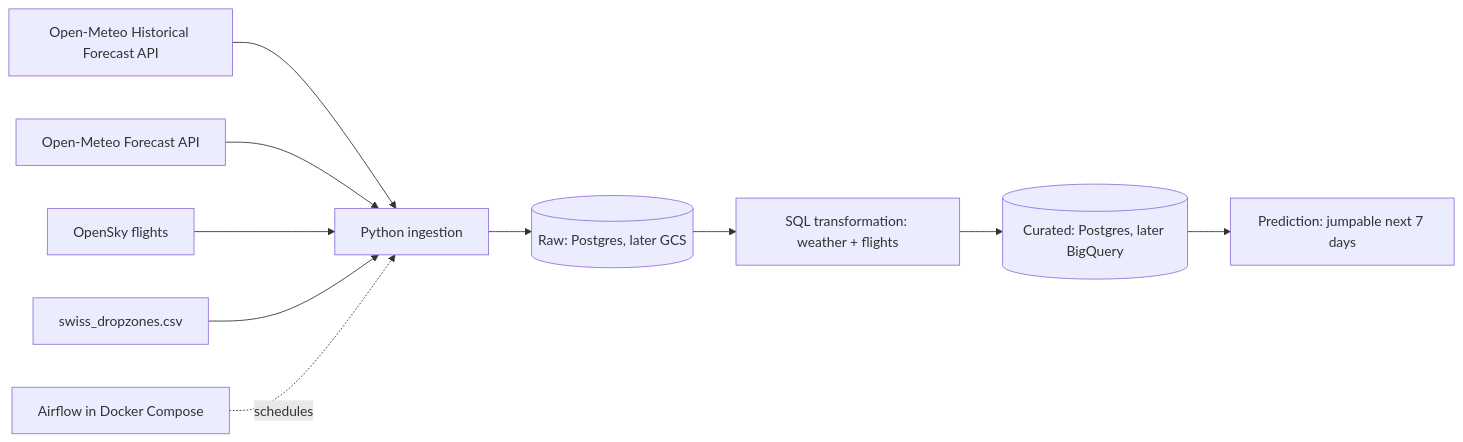
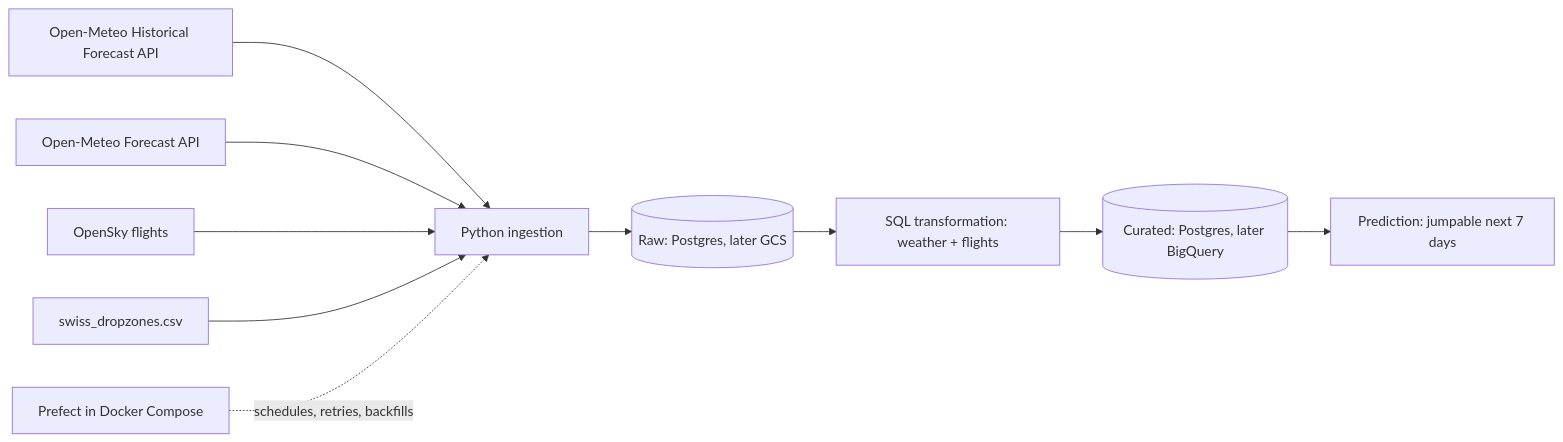
One commit to NiClerici/deng-hs26-skydive changed the diagram in docs/architecture.md. Above: the diagram before and after it, drawn with Mermaid. The commit also changed other lines of this file and 8 other files, not shown here.

````diff
--- a/docs/architecture.md
+++ b/docs/architecture.md
@@ -3,13 +3,12 @@
 ```mermaid
 flowchart LR
     HW[Open-Meteo Historical Forecast API] --> ING[Python ingestion]
     FC[Open-Meteo Forecast API] --> ING
     OS[OpenSky flights] --> ING
     SEED[swiss_dropzones.csv] --> ING
     ING --> RAW[(Raw: Postgres, later GCS)]
     RAW --> TRF[SQL transformation: weather + flights]
     TRF --> CUR[(Curated: Postgres, later BigQuery)]
     CUR --> MOD[Prediction: jumpable next 7 days]
-    AF[Airflow in Docker Compose] -.schedules.-> ING
-   
+    PF[Prefect in Docker Compose] -.schedules, retries, backfills.-> ING
 ```
````
